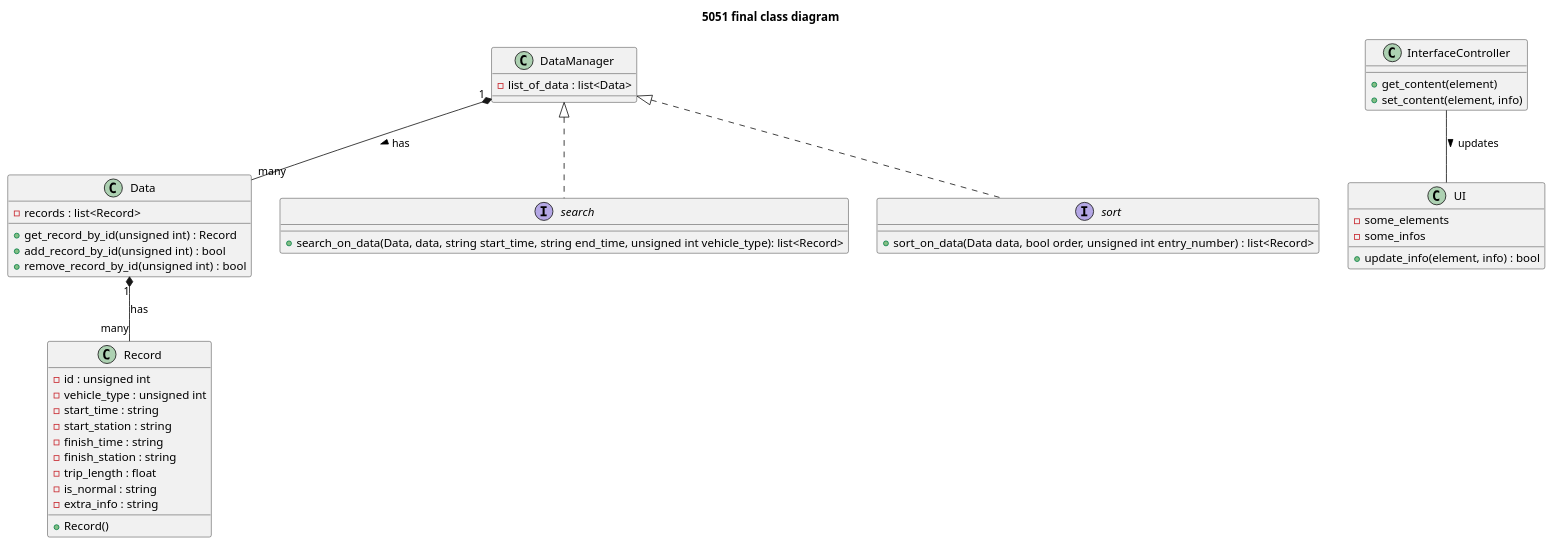
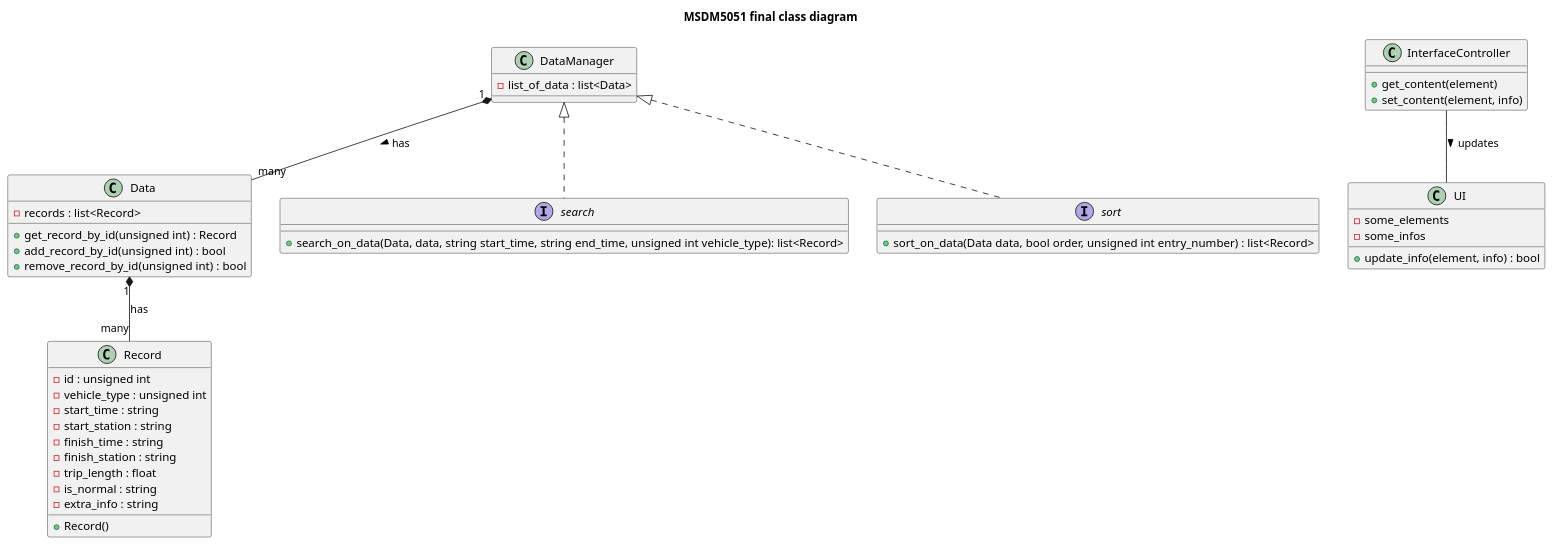
The diagram in class diagram.wsd (NNNeil-C/HKUST_DDM_MSDM5001_PROJECT2), drawn with PlantUML before and after one commit. The commit also changed other lines of this file and 3 other files, not shown here.

```diff
--- a/class diagram.wsd
+++ b/class diagram.wsd
@@ -11,52 +11,52 @@
- @startuml 5051 final
- title 5051 final class diagram
+ @startuml MSDM5051 final class diagram
+ title MSDM5051 final class diagram
 
  class Record {
     - id : unsigned int
     - vehicle_type : unsigned int
     - start_time : string
     - start_station : string
     - finish_time : string
     - finish_station : string
     - trip_length : float
     - is_normal : string
     - extra_info : string
     + Record()
 }
 
 class Data {
     - records : list<Record>
     + get_record_by_id(unsigned int) : Record
     + add_record_by_id(unsigned int) : bool
     + remove_record_by_id(unsigned int) : bool
 }
 
 class DataManager {
     - list_of_data : list<Data>
 }
 
 interface search{
     + search_on_data(Data, data, string start_time, string end_time, unsigned int vehicle_type): list<Record>
 } 
 
 interface sort {
     + sort_on_data(Data data, bool order, unsigned int entry_number) : list<Record>
 }
 
 class InterfaceController {
     + get_content(element)
     + set_content(element, info)
 }
 
 class UI {
     - some_elements
     - some_infos
     + update_info(element, info) : bool
 }
 
 Data "1" *-- "many" Record : has
 InterfaceController -- UI : > updates
 DataManager "1" *-- "many" Data : > has
 DataManager <|.. search
 DataManager <|.. sort
 @enduml
```
